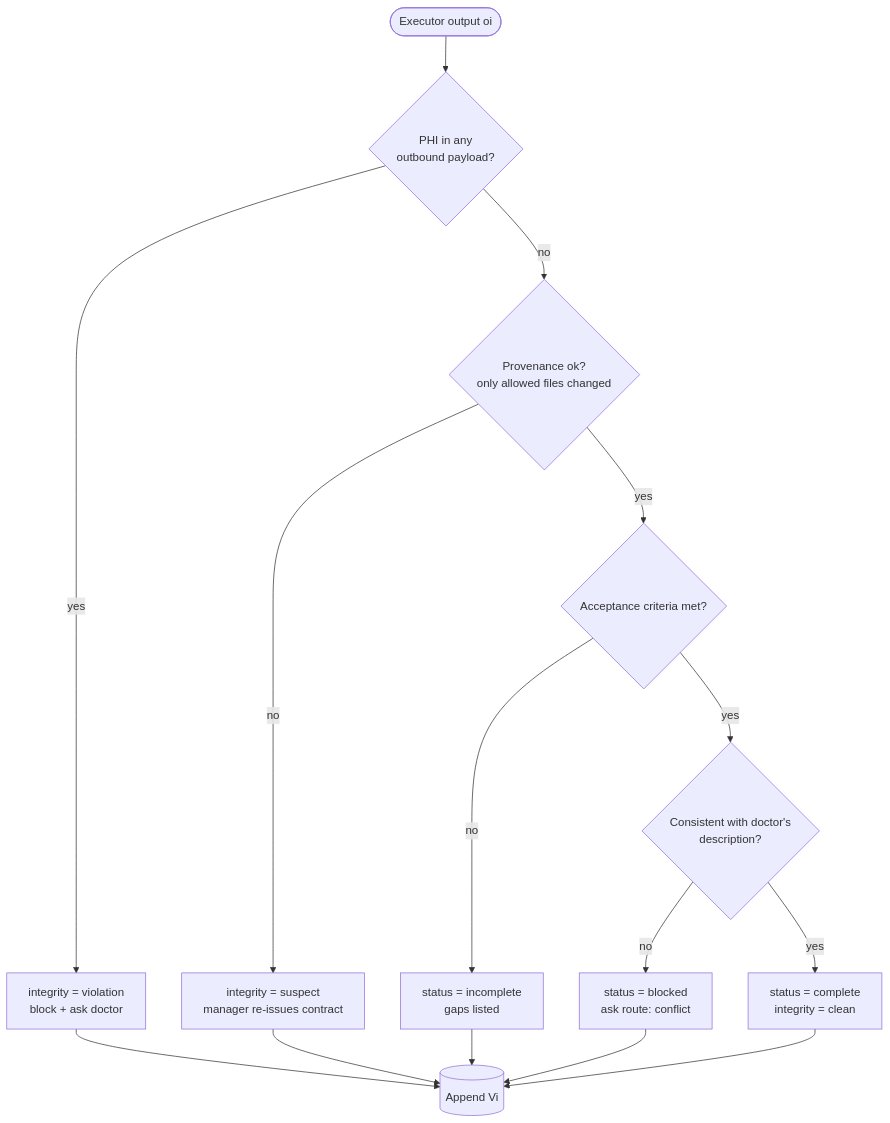
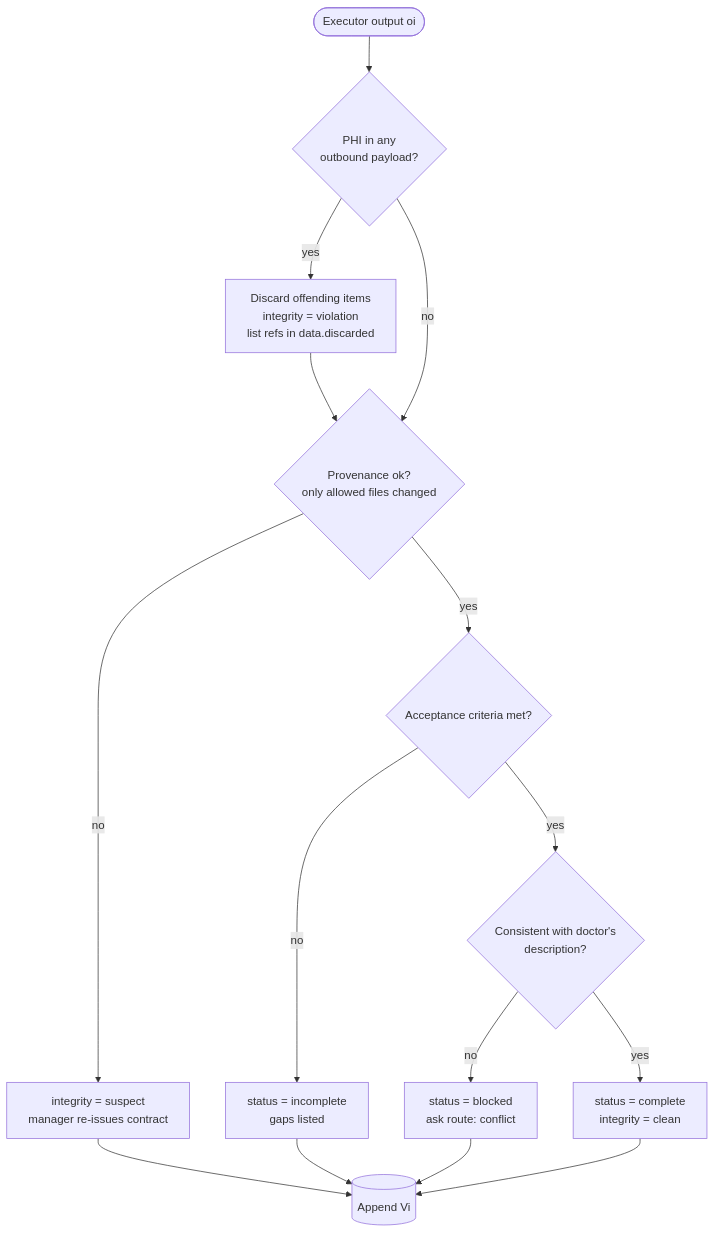
Before and after one commit to Deeraj-G/attend: the fourth of 6 diagrams in docs/adr/0003-procedure-explainer-video-agent.md, drawn with Mermaid. The commit also changed other lines of this file and 7 other files, not shown here.

````diff
--- a/docs/adr/0003-procedure-explainer-video-agent.md
+++ b/docs/adr/0003-procedure-explainer-video-agent.md
@@ -180,17 +180,17 @@
 ```mermaid
 flowchart TD
     In([Executor output oi]) --> P{"PHI in any<br/>outbound payload?"}
-    P -- yes --> Vio["integrity = violation<br/>block + ask doctor"]
+    P -- yes --> Vio["Discard offending items<br/>integrity = violation<br/>list refs in data.discarded"]
+    Vio --> Prov
     P -- no --> Prov{"Provenance ok?<br/>only allowed files changed"}
     Prov -- no --> Sus["integrity = suspect<br/>manager re-issues contract"]
     Prov -- yes --> Acc{"Acceptance criteria met?"}
     Acc -- no --> Inc["status = incomplete<br/>gaps listed"]
     Acc -- yes --> Con{"Consistent with doctor's<br/>description?"}
     Con -- no --> Blk["status = blocked<br/>ask route: conflict"]
     Con -- yes --> Ok["status = complete<br/>integrity = clean"]
-    Vio --> R[(Append Vi)]
-    Sus --> R
+    Sus --> R[(Append Vi)]
     Inc --> R
     Blk --> R
     Ok --> R
 ```
````
